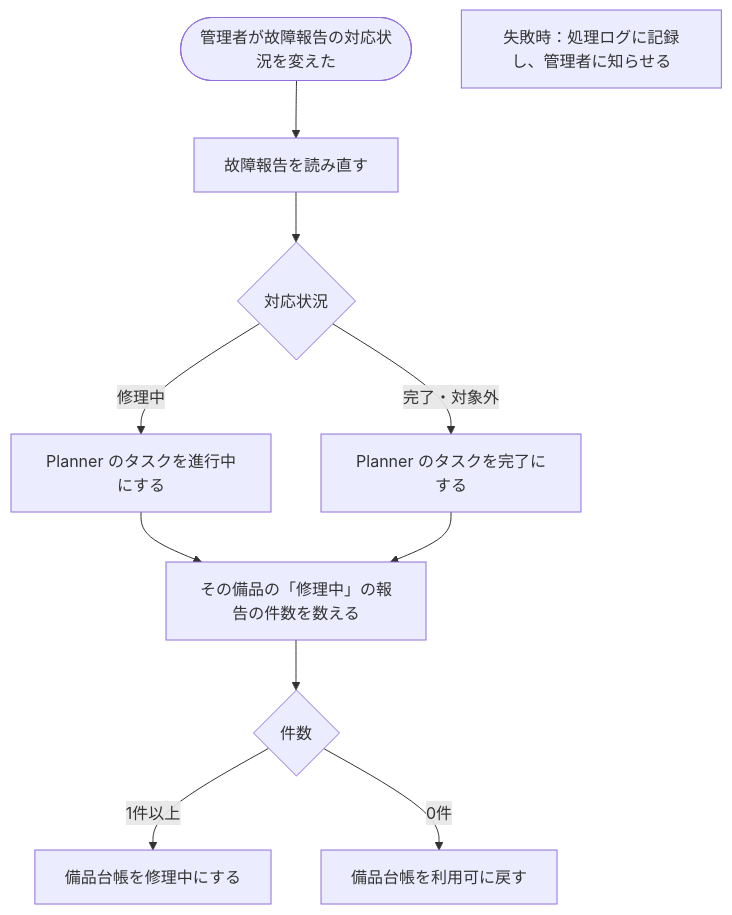
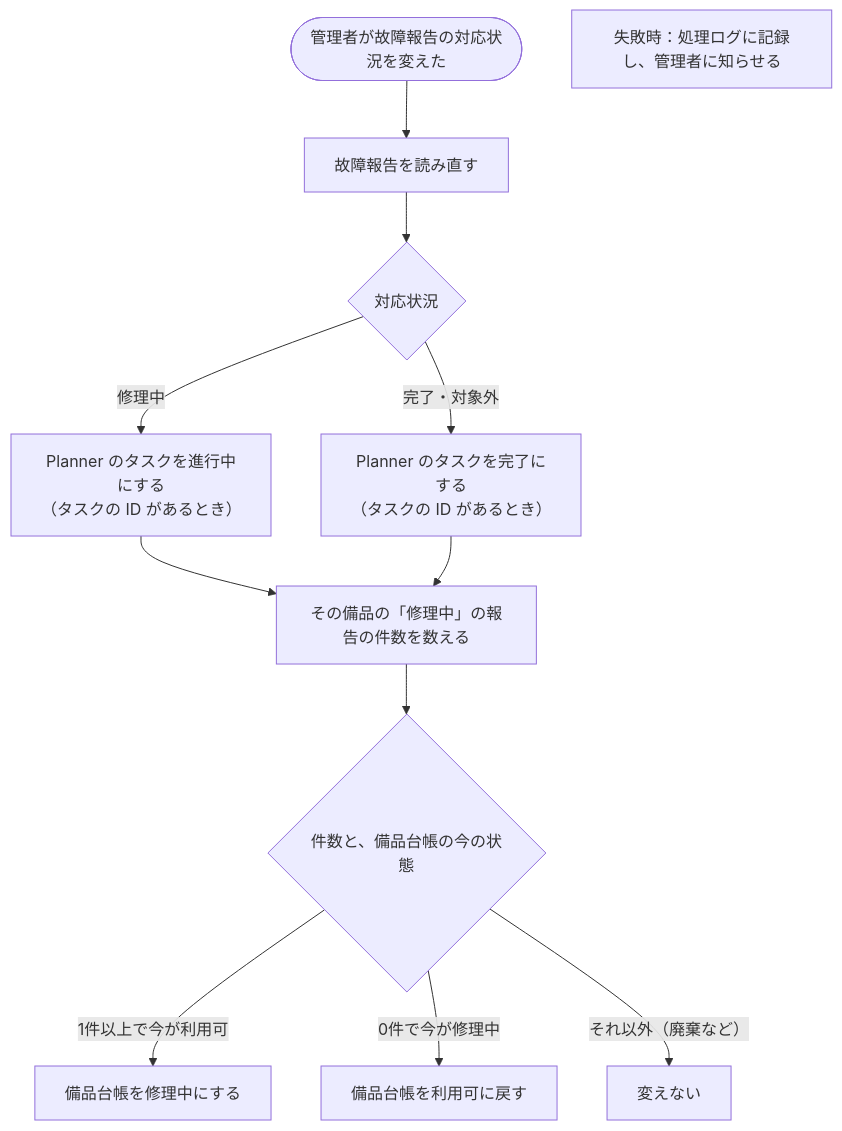
The diagram in docs/flows/FLW-006.md (takato-y/m365-equipment-lending), drawn with Mermaid before and after one commit. The commit also changed 3 other files, not shown here.

Commit message:
フロー設計書の全体図を実装に合わせた（FLW-002 の承認待ちの確認と自己承認の条件、FLW-006 の備品の状態の条件）。使っていない関数を削除

````diff
--- a/docs/flows/FLW-006.md
+++ b/docs/flows/FLW-006.md
@@ -36,12 +36,13 @@
 ```mermaid
 flowchart TD
     T(["管理者が故障報告の対応状況を変えた"]) --> A["故障報告を読み直す"]
     A --> B{"対応状況"}
-    B -- 修理中 --> C["Planner のタスクを進行中にする"]
-    B -- 完了・対象外 --> D["Planner のタスクを完了にする"]
+    B -- 修理中 --> C["Planner のタスクを進行中にする<br>（タスクの ID があるとき）"]
+    B -- 完了・対象外 --> D["Planner のタスクを完了にする<br>（タスクの ID があるとき）"]
     C & D --> E["その備品の「修理中」の報告の件数を数える"]
-    E --> F{"件数"}
-    F -- 1件以上 --> G["備品台帳を修理中にする"]
-    F -- 0件 --> H["備品台帳を利用可に戻す"]
+    E --> F{"件数と、備品台帳の今の状態"}
+    F -- 1件以上で今が利用可 --> G["備品台帳を修理中にする"]
+    F -- 0件で今が修理中 --> H["備品台帳を利用可に戻す"]
+    F -- それ以外（廃棄など） --> I["変えない"]
     X["失敗時：処理ログに記録し、管理者に知らせる"]
 ```
````
